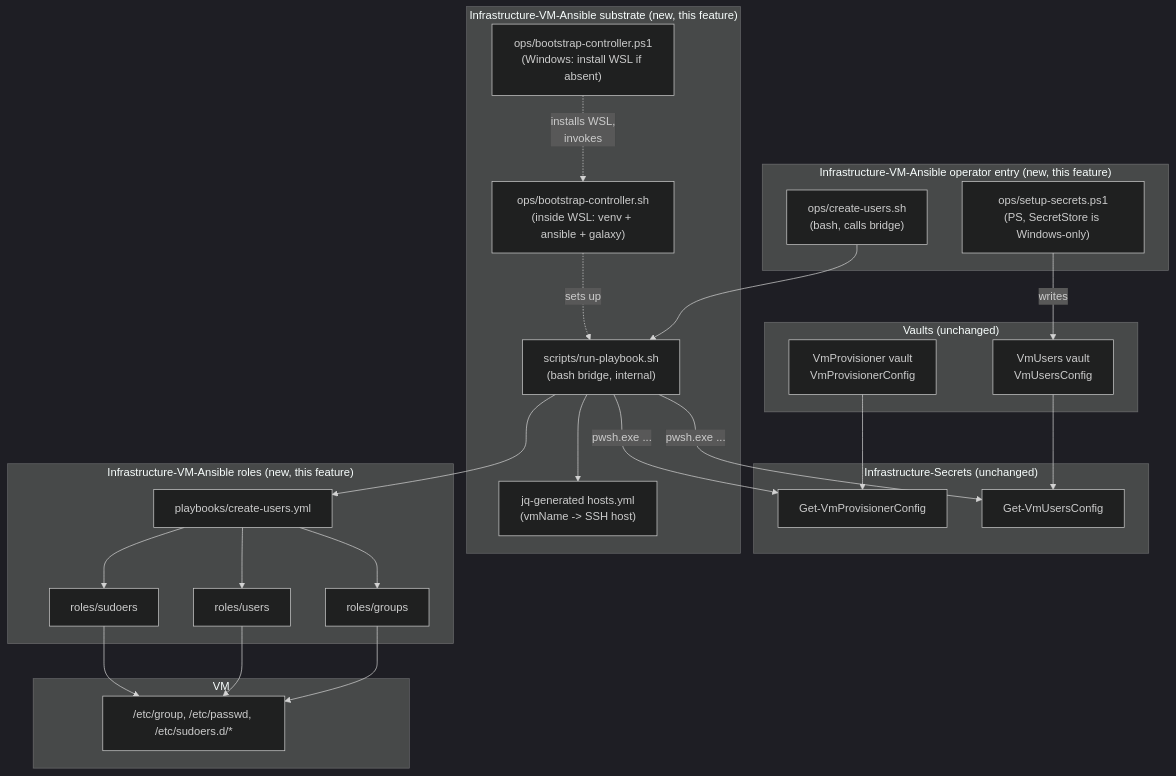
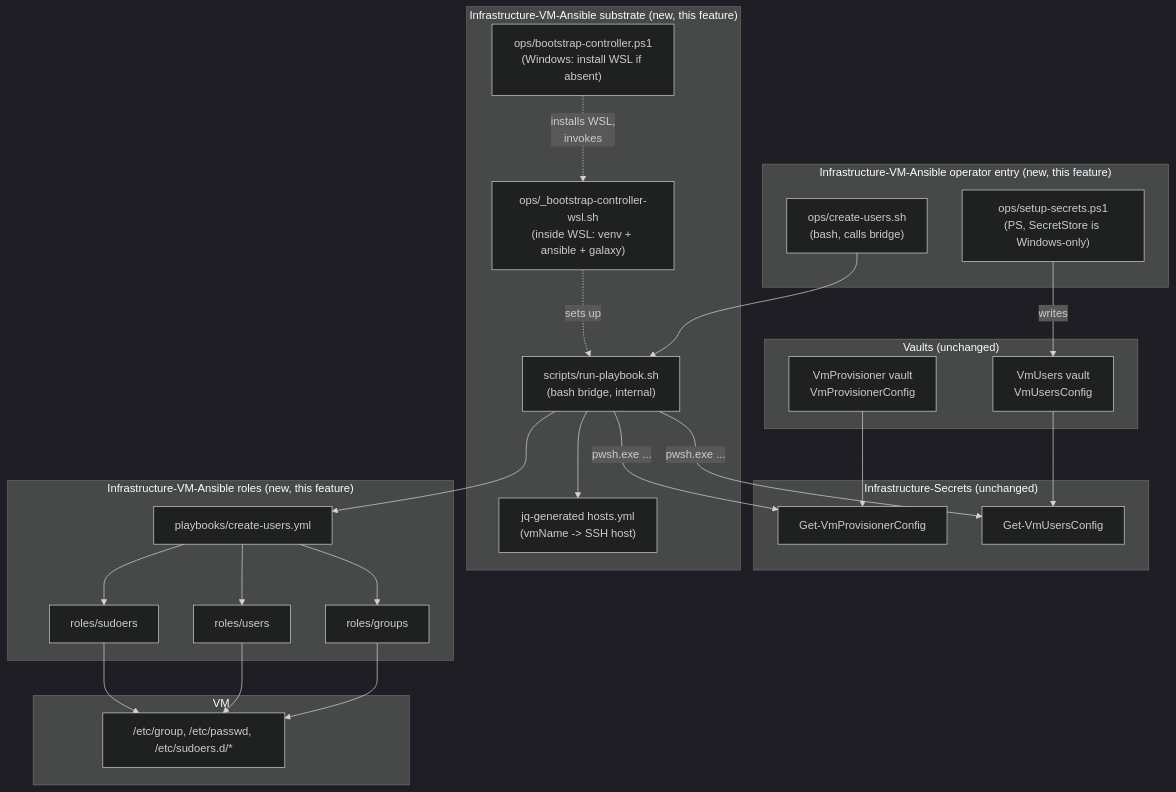
One commit to Klark-Morrigan/Infrastructure-Vm-Ansible changed the first of 2 diagrams in docs/dev/implementation/02-groups-users-sudoers-creation/problem.md. Above: the diagram before and after it, drawn with Mermaid (dark theme). The commit also changed other lines of this file and 8 other files, not shown here.

````diff
--- a/docs/dev/implementation/02-groups-users-sudoers-creation/problem.md
+++ b/docs/dev/implementation/02-groups-users-sudoers-creation/problem.md
@@ -238,52 +238,52 @@
 ```mermaid
 graph TD
     subgraph Vaults ["Vaults (unchanged)"]
         PV["VmProvisioner vault\nVmProvisionerConfig"]
         UV["VmUsers vault\nVmUsersConfig"]
     end
 
     subgraph Secrets ["Infrastructure-Secrets (unchanged)"]
         GETPC["Get-VmProvisionerConfig"]
         GETUC["Get-VmUsersConfig"]
     end
 
     subgraph Entry ["Infrastructure-VM-Ansible operator entry (new, this feature)"]
         SH["ops/create-users.sh\n(bash, calls bridge)"]
         SS["ops/setup-secrets.ps1\n(PS, SecretStore is Windows-only)"]
     end
 
     subgraph Substrate ["Infrastructure-VM-Ansible substrate (new, this feature)"]
         BOOTPS["ops/bootstrap-controller.ps1\n(Windows: install WSL if absent)"]
-        BOOT["ops/bootstrap-controller.sh\n(inside WSL: venv + ansible + galaxy)"]
+        BOOT["ops/_bootstrap-controller-wsl.sh\n(inside WSL: venv + ansible + galaxy)"]
         BR["scripts/run-playbook.sh\n(bash bridge, internal)"]
         INV["jq-generated hosts.yml\n(vmName -> SSH host)"]
     end
 
     subgraph Roles ["Infrastructure-VM-Ansible roles (new, this feature)"]
         GR["roles/groups"]
         UR["roles/users"]
         SR["roles/sudoers"]
         PB["playbooks/create-users.yml"]
     end
 
     subgraph Guest ["VM"]
         OS["/etc/group, /etc/passwd, /etc/sudoers.d/*"]
     end
 
     PV --> GETPC
     UV --> GETUC
     SS -->|"writes"| UV
     SH --> BR
     BR -->|"pwsh.exe ..."| GETPC
     BR -->|"pwsh.exe ..."| GETUC
     BOOTPS -.->|"installs WSL,\ninvokes"| BOOT
     BOOT -.->|"sets up"| BR
     BR --> INV
     BR --> PB
     PB --> GR
     PB --> UR
     PB --> SR
     GR --> OS
     UR --> OS
     SR --> OS
 ```
````
